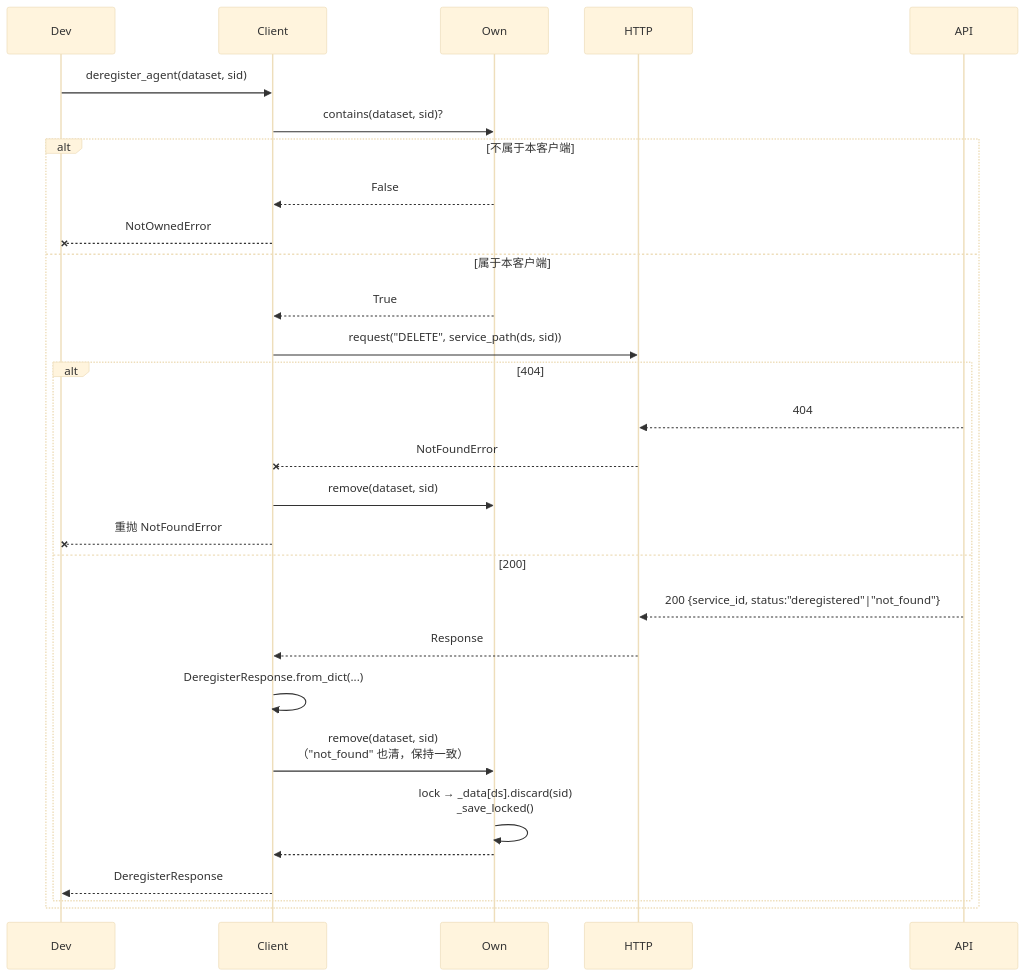
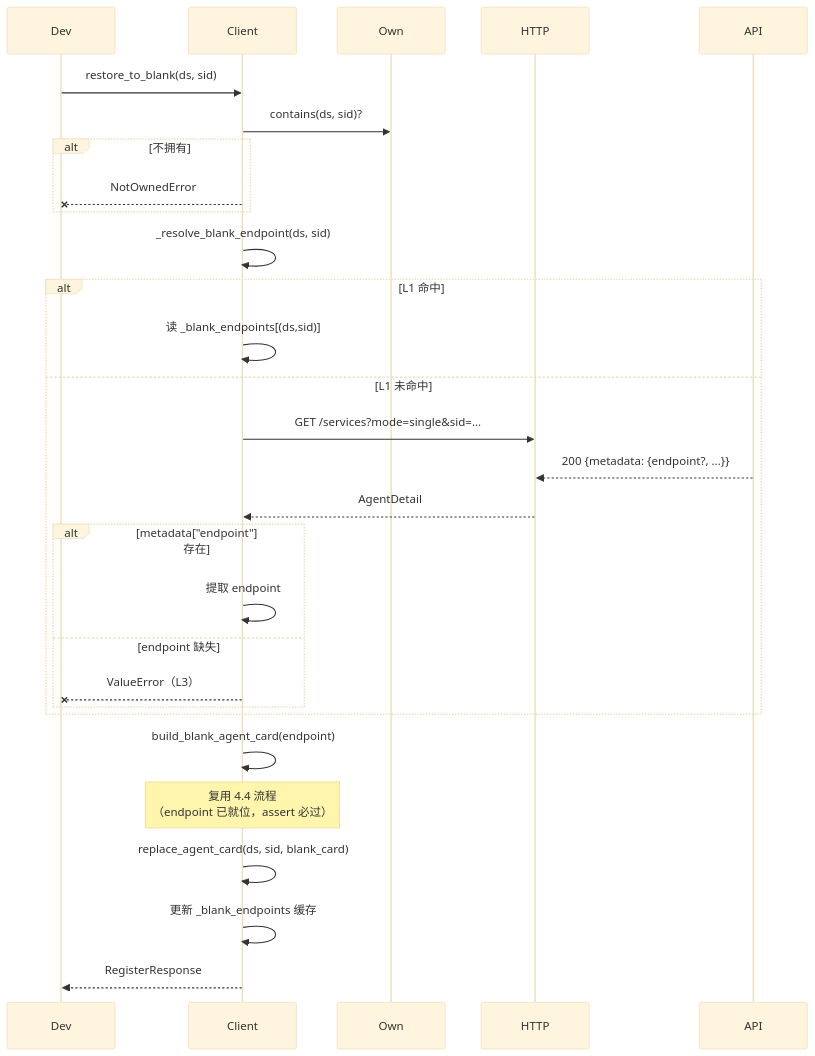
The fifth of 6 diagrams in docs/client_design.md (Weizheng96/A2X-registry), drawn with Mermaid (base theme) before and after one commit. The commit also changed other lines of this file and 5 other files, not shown here.

First line of the commit message:
feat: add team-agent helpers to client SDK

````diff
--- a/docs/client_design.md
+++ b/docs/client_design.md
@@ -593,34 +514,32 @@
 ```mermaid
 sequenceDiagram
     participant Dev
     participant Client
     participant Own
     participant HTTP
     participant API
 
-    Dev->>Client: deregister_agent(dataset, sid)
-    Client->>Own: contains(dataset, sid)?
-
-    alt 不属于本客户端
-        Own-->>Client: False
+    Dev->>Client: restore_to_blank(ds, sid)
+    Client->>Own: contains(ds, sid)?
+    alt 不拥有
         Client--xDev: NotOwnedError
-    else 属于本客户端
-        Own-->>Client: True
-        Client->>HTTP: request("DELETE", service_path(ds, sid))
-
-        alt 404
-            API-->>HTTP: 404
-            HTTP--xClient: NotFoundError
-            Client->>Own: remove(dataset, sid)
-            Client--xDev: 重抛 NotFoundError
-        else 200
-            API-->>HTTP: 200 {service_id, status:"deregistered"|"not_found"}
-            HTTP-->>Client: Response
-            Client->>Client: DeregisterResponse.from_dict(...)
-            Client->>Own: remove(dataset, sid)<br/>（"not_found" 也清，保持一致）
-            Own->>Own: lock → _data[ds].discard(sid)<br/>_save_locked()
-            Own-->>Client: 
-            Client-->>Dev: DeregisterResponse
+    end
+    Client->>Client: _resolve_blank_endpoint(ds, sid)
+    alt L1 命中
+        Client->>Client: 读 _blank_endpoints[(ds,sid)]
+    else L1 未命中
+        Client->>HTTP: GET /services?mode=single&sid=...
+        API-->>HTTP: 200 {metadata: {endpoint?, ...}}
+        HTTP-->>Client: AgentDetail
+        alt metadata["endpoint"] 存在
+            Client->>Client: 提取 endpoint
+        else endpoint 缺失
+            Client--xDev: ValueError（L3）
         end
     end
+    Client->>Client: build_blank_agent_card(endpoint)
+    Note over Client: 复用 4.4 流程<br/>（endpoint 已就位，assert 必过）
+    Client->>Client: replace_agent_card(ds, sid, blank_card)
+    Client->>Client: 更新 _blank_endpoints 缓存
+    Client-->>Dev: RegisterResponse
 ```
````
